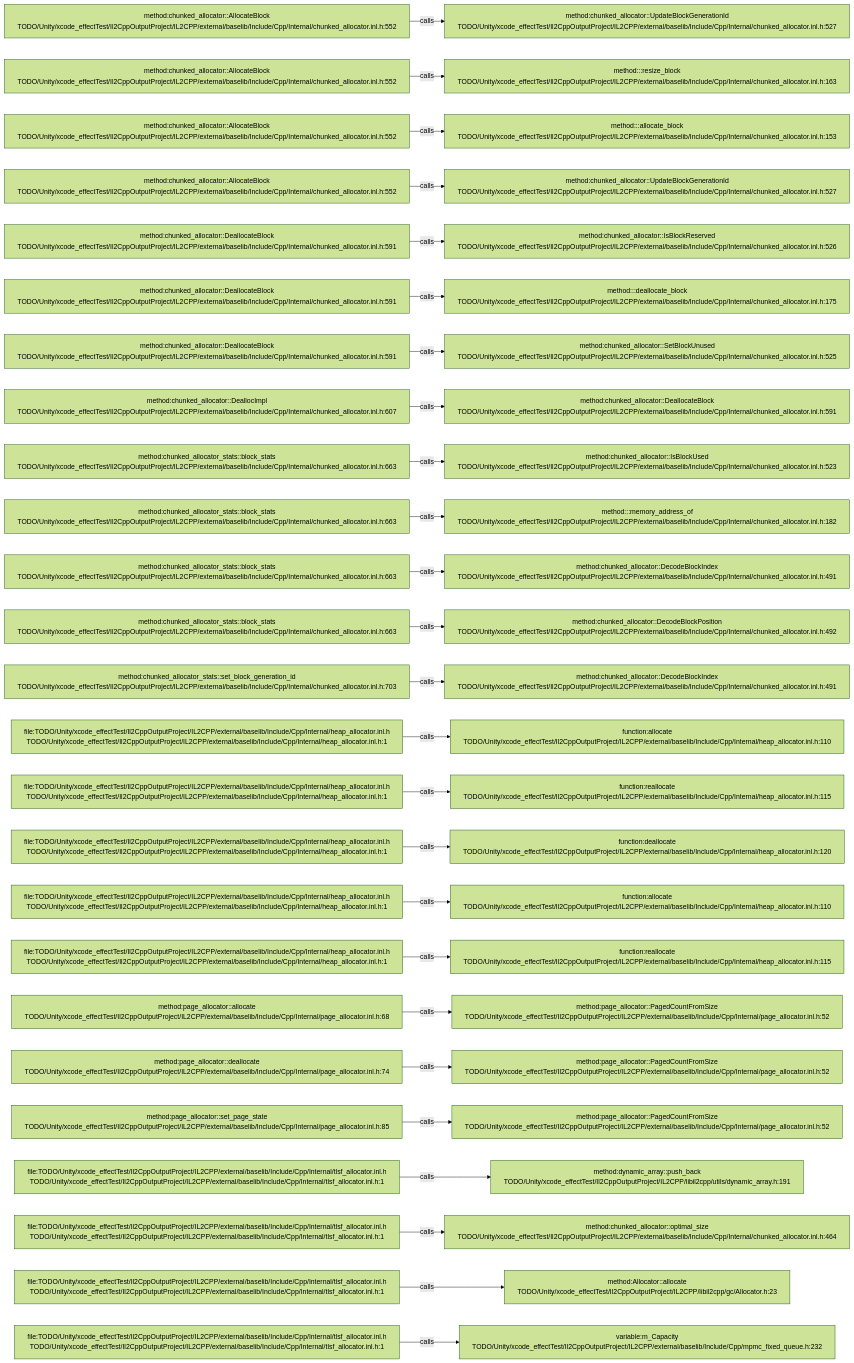
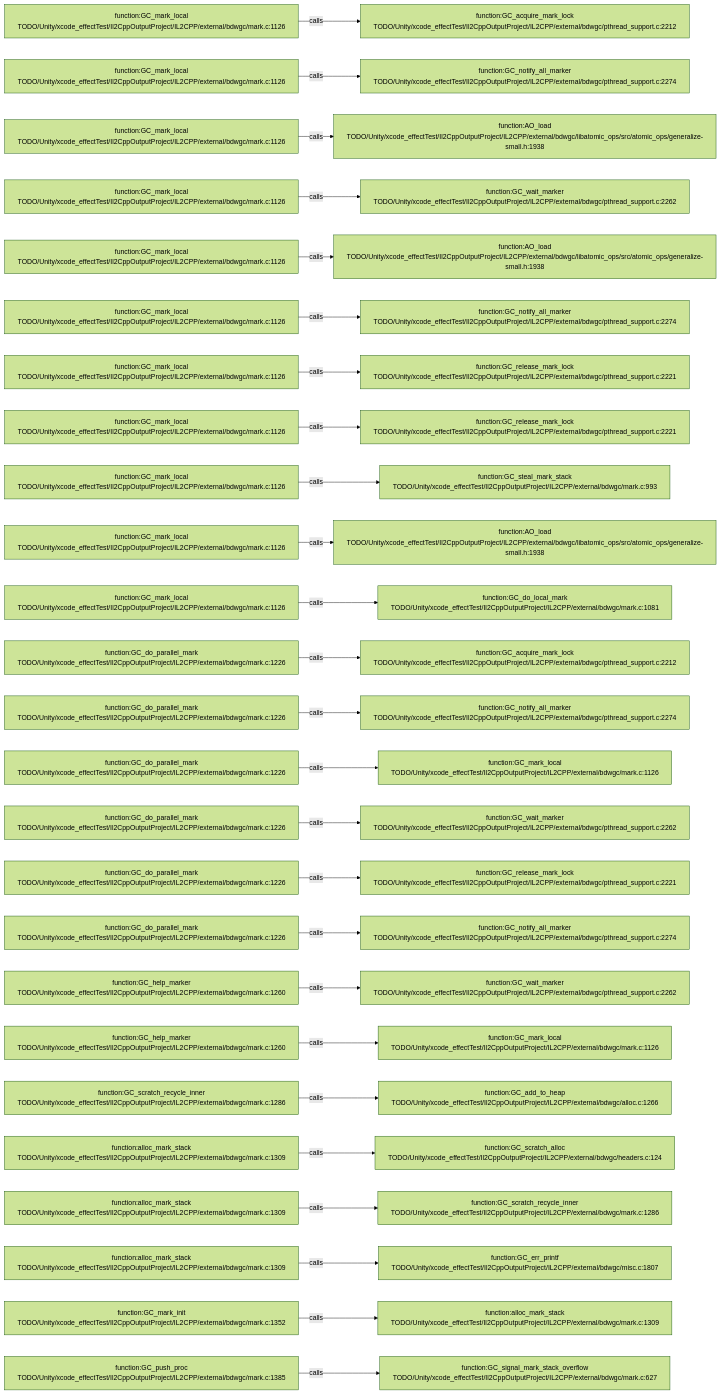
One commit to JobsKits/JobsSwiftBaseConfigDemo changed the diagram in .codegraph/codegraph.md/graphs/calls-132.md. Above: the diagram before and after it, drawn with Mermaid (forest theme). The commit also changed 227 other files, not shown here.

````diff
--- a/.codegraph/codegraph.md/graphs/calls-132.md
+++ b/.codegraph/codegraph.md/graphs/calls-132.md
@@ -13,78 +13,78 @@
 ```mermaid
 flowchart LR
-  S1["method:chunked_allocator::AllocateBlock<br/>TODO/Unity/xcode_effectTest/Il2CppOutputProject/IL2CPP/external/baselib/Include/Cpp/Internal/chunked_allocator.inl.h:552"]
-  T1["method:chunked_allocator::UpdateBlockGenerationId<br/>TODO/Unity/xcode_effectTest/Il2CppOutputProject/IL2CPP/external/baselib/Include/Cpp/Internal/chunked_allocator.inl.h:527"]
+  S1["function:GC_mark_local<br/>TODO/Unity/xcode_effectTest/Il2CppOutputProject/IL2CPP/external/bdwgc/mark.c:1126"]
+  T1["function:GC_acquire_mark_lock<br/>TODO/Unity/xcode_effectTest/Il2CppOutputProject/IL2CPP/external/bdwgc/pthread_support.c:2212"]
   S1 -->|calls| T1
-  S2["method:chunked_allocator::AllocateBlock<br/>TODO/Unity/xcode_effectTest/Il2CppOutputProject/IL2CPP/external/baselib/Include/Cpp/Internal/chunked_allocator.inl.h:552"]
-  T2["method:<anonymous>::resize_block<br/>TODO/Unity/xcode_effectTest/Il2CppOutputProject/IL2CPP/external/baselib/Include/Cpp/Internal/chunked_allocator.inl.h:163"]
+  S2["function:GC_mark_local<br/>TODO/Unity/xcode_effectTest/Il2CppOutputProject/IL2CPP/external/bdwgc/mark.c:1126"]
+  T2["function:GC_notify_all_marker<br/>TODO/Unity/xcode_effectTest/Il2CppOutputProject/IL2CPP/external/bdwgc/pthread_support.c:2274"]
   S2 -->|calls| T2
-  S3["method:chunked_allocator::AllocateBlock<br/>TODO/Unity/xcode_effectTest/Il2CppOutputProject/IL2CPP/external/baselib/Include/Cpp/Internal/chunked_allocator.inl.h:552"]
-  T3["method:<anonymous>::allocate_block<br/>TODO/Unity/xcode_effectTest/Il2CppOutputProject/IL2CPP/external/baselib/Include/Cpp/Internal/chunked_allocator.inl.h:153"]
+  S3["function:GC_mark_local<br/>TODO/Unity/xcode_effectTest/Il2CppOutputProject/IL2CPP/external/bdwgc/mark.c:1126"]
+  T3["function:AO_load<br/>TODO/Unity/xcode_effectTest/Il2CppOutputProject/IL2CPP/external/bdwgc/libatomic_ops/src/atomic_ops/generalize-small.h:1938"]
   S3 -->|calls| T3
-  S4["method:chunked_allocator::AllocateBlock<br/>TODO/Unity/xcode_effectTest/Il2CppOutputProject/IL2CPP/external/baselib/Include/Cpp/Internal/chunked_allocator.inl.h:552"]
-  T4["method:chunked_allocator::UpdateBlockGenerationId<br/>TODO/Unity/xcode_effectTest/Il2CppOutputProject/IL2CPP/external/baselib/Include/Cpp/Internal/chunked_allocator.inl.h:527"]
+  S4["function:GC_mark_local<br/>TODO/Unity/xcode_effectTest/Il2CppOutputProject/IL2CPP/external/bdwgc/mark.c:1126"]
+  T4["function:GC_wait_marker<br/>TODO/Unity/xcode_effectTest/Il2CppOutputProject/IL2CPP/external/bdwgc/pthread_support.c:2262"]
   S4 -->|calls| T4
-  S5["method:chunked_allocator::DeallocateBlock<br/>TODO/Unity/xcode_effectTest/Il2CppOutputProject/IL2CPP/external/baselib/Include/Cpp/Internal/chunked_allocator.inl.h:591"]
-  T5["method:chunked_allocator::IsBlockReserved<br/>TODO/Unity/xcode_effectTest/Il2CppOutputProject/IL2CPP/external/baselib/Include/Cpp/Internal/chunked_allocator.inl.h:526"]
+  S5["function:GC_mark_local<br/>TODO/Unity/xcode_effectTest/Il2CppOutputProject/IL2CPP/external/bdwgc/mark.c:1126"]
+  T5["function:AO_load<br/>TODO/Unity/xcode_effectTest/Il2CppOutputProject/IL2CPP/external/bdwgc/libatomic_ops/src/atomic_ops/generalize-small.h:1938"]
   S5 -->|calls| T5
-  S6["method:chunked_allocator::DeallocateBlock<br/>TODO/Unity/xcode_effectTest/Il2CppOutputProject/IL2CPP/external/baselib/Include/Cpp/Internal/chunked_allocator.inl.h:591"]
-  T6["method:<anonymous>::deallocate_block<br/>TODO/Unity/xcode_effectTest/Il2CppOutputProject/IL2CPP/external/baselib/Include/Cpp/Internal/chunked_allocator.inl.h:175"]
+  S6["function:GC_mark_local<br/>TODO/Unity/xcode_effectTest/Il2CppOutputProject/IL2CPP/external/bdwgc/mark.c:1126"]
+  T6["function:GC_notify_all_marker<br/>TODO/Unity/xcode_effectTest/Il2CppOutputProject/IL2CPP/external/bdwgc/pthread_support.c:2274"]
   S6 -->|calls| T6
-  S7["method:chunked_allocator::DeallocateBlock<br/>TODO/Unity/xcode_effectTest/Il2CppOutputProject/IL2CPP/external/baselib/Include/Cpp/Internal/chunked_allocator.inl.h:591"]
-  T7["method:chunked_allocator::SetBlockUnused<br/>TODO/Unity/xcode_effectTest/Il2CppOutputProject/IL2CPP/external/baselib/Include/Cpp/Internal/chunked_allocator.inl.h:525"]
+  S7["function:GC_mark_local<br/>TODO/Unity/xcode_effectTest/Il2CppOutputProject/IL2CPP/external/bdwgc/mark.c:1126"]
+  T7["function:GC_release_mark_lock<br/>TODO/Unity/xcode_effectTest/Il2CppOutputProject/IL2CPP/external/bdwgc/pthread_support.c:2221"]
   S7 -->|calls| T7
-  S8["method:chunked_allocator::DeallocImpl<br/>TODO/Unity/xcode_effectTest/Il2CppOutputProject/IL2CPP/external/baselib/Include/Cpp/Internal/chunked_allocator.inl.h:607"]
-  T8["method:chunked_allocator::DeallocateBlock<br/>TODO/Unity/xcode_effectTest/Il2CppOutputProject/IL2CPP/external/baselib/Include/Cpp/Internal/chunked_allocator.inl.h:591"]
+  S8["function:GC_mark_local<br/>TODO/Unity/xcode_effectTest/Il2CppOutputProject/IL2CPP/external/bdwgc/mark.c:1126"]
+  T8["function:GC_release_mark_lock<br/>TODO/Unity/xcode_effectTest/Il2CppOutputProject/IL2CPP/external/bdwgc/pthread_support.c:2221"]
   S8 -->|calls| T8
-  S9["method:chunked_allocator_stats::block_stats<br/>TODO/Unity/xcode_effectTest/Il2CppOutputProject/IL2CPP/external/baselib/Include/Cpp/Internal/chunked_allocator.inl.h:663"]
-  T9["method:chunked_allocator::IsBlockUsed<br/>TODO/Unity/xcode_effectTest/Il2CppOutputProject/IL2CPP/external/baselib/Include/Cpp/Internal/chunked_allocator.inl.h:523"]
+  S9["function:GC_mark_local<br/>TODO/Unity/xcode_effectTest/Il2CppOutputProject/IL2CPP/external/bdwgc/mark.c:1126"]
+  T9["function:GC_steal_mark_stack<br/>TODO/Unity/xcode_effectTest/Il2CppOutputProject/IL2CPP/external/bdwgc/mark.c:993"]
   S9 -->|calls| T9
-  S10["method:chunked_allocator_stats::block_stats<br/>TODO/Unity/xcode_effectTest/Il2CppOutputProject/IL2CPP/external/baselib/Include/Cpp/Internal/chunked_allocator.inl.h:663"]
-  T10["method:<anonymous>::memory_address_of<br/>TODO/Unity/xcode_effectTest/Il2CppOutputProject/IL2CPP/external/baselib/Include/Cpp/Internal/chunked_allocator.inl.h:182"]
+  S10["function:GC_mark_local<br/>TODO/Unity/xcode_effectTest/Il2CppOutputProject/IL2CPP/external/bdwgc/mark.c:1126"]
+  T10["function:AO_load<br/>TODO/Unity/xcode_effectTest/Il2CppOutputProject/IL2CPP/external/bdwgc/libatomic_ops/src/atomic_ops/generalize-small.h:1938"]
   S10 -->|calls| T10
-  S11["method:chunked_allocator_stats::block_stats<br/>TODO/Unity/xcode_effectTest/Il2CppOutputProject/IL2CPP/external/baselib/Include/Cpp/Internal/chunked_allocator.inl.h:663"]
-  T11["method:chunked_allocator::DecodeBlockIndex<br/>TODO/Unity/xcode_effectTest/Il2CppOutputProject/IL2CPP/external/baselib/Include/Cpp/Internal/chunked_allocator.inl.h:491"]
+  S11["function:GC_mark_local<br/>TODO/Unity/xcode_effectTest/Il2CppOutputProject/IL2CPP/external/bdwgc/mark.c:1126"]
+  T11["function:GC_do_local_mark<br/>TODO/Unity/xcode_effectTest/Il2CppOutputProject/IL2CPP/external/bdwgc/mark.c:1081"]
   S11 -->|calls| T11
-  S12["method:chunked_allocator_stats::block_stats<br/>TODO/Unity/xcode_effectTest/Il2CppOutputProject/IL2CPP/external/baselib/Include/Cpp/Internal/chunked_allocator.inl.h:663"]
-  T12["method:chunked_allocator::DecodeBlockPosition<br/>TODO/Unity/xcode_effectTest/Il2CppOutputProject/IL2CPP/external/baselib/Include/Cpp/Internal/chunked_allocator.inl.h:492"]
+  S12["function:GC_do_parallel_mark<br/>TODO/Unity/xcode_effectTest/Il2CppOutputProject/IL2CPP/external/bdwgc/mark.c:1226"]
+  T12["function:GC_acquire_mark_lock<br/>TODO/Unity/xcode_effectTest/Il2CppOutputProject/IL2CPP/external/bdwgc/pthread_support.c:2212"]
   S12 -->|calls| T12
-  S13["method:chunked_allocator_stats::set_block_generation_id<br/>TODO/Unity/xcode_effectTest/Il2CppOutputProject/IL2CPP/external/baselib/Include/Cpp/Internal/chunked_allocator.inl.h:703"]
-  T13["method:chunked_allocator::DecodeBlockIndex<br/>TODO/Unity/xcode_effectTest/Il2CppOutputProject/IL2CPP/external/baselib/Include/Cpp/Internal/chunked_allocator.inl.h:491"]
+  S13["function:GC_do_parallel_mark<br/>TODO/Unity/xcode_effectTest/Il2CppOutputProject/IL2CPP/external/bdwgc/mark.c:1226"]
+  T13["function:GC_notify_all_marker<br/>TODO/Unity/xcode_effectTest/Il2CppOutputProject/IL2CPP/external/bdwgc/pthread_support.c:2274"]
   S13 -->|calls| T13
-  S14["file:TODO/Unity/xcode_effectTest/Il2CppOutputProject/IL2CPP/external/baselib/Include/Cpp/Internal/heap_allocator.inl.h<br/>TODO/Unity/xcode_effectTest/Il2CppOutputProject/IL2CPP/external/baselib/Include/Cpp/Internal/heap_allocator.inl.h:1"]
-  T14["function:allocate<br/>TODO/Unity/xcode_effectTest/Il2CppOutputProject/IL2CPP/external/baselib/Include/Cpp/Internal/heap_allocator.inl.h:110"]
+  S14["function:GC_do_parallel_mark<br/>TODO/Unity/xcode_effectTest/Il2CppOutputProject/IL2CPP/external/bdwgc/mark.c:1226"]
+  T14["function:GC_mark_local<br/>TODO/Unity/xcode_effectTest/Il2CppOutputProject/IL2CPP/external/bdwgc/mark.c:1126"]
   S14 -->|calls| T14
-  S15["file:TODO/Unity/xcode_effectTest/Il2CppOutputProject/IL2CPP/external/baselib/Include/Cpp/Internal/heap_allocator.inl.h<br/>TODO/Unity/xcode_effectTest/Il2CppOutputProject/IL2CPP/external/baselib/Include/Cpp/Internal/heap_allocator.inl.h:1"]
-  T15["function:reallocate<br/>TODO/Unity/xcode_effectTest/Il2CppOutputProject/IL2CPP/external/baselib/Include/Cpp/Internal/heap_allocator.inl.h:115"]
+  S15["function:GC_do_parallel_mark<br/>TODO/Unity/xcode_effectTest/Il2CppOutputProject/IL2CPP/external/bdwgc/mark.c:1226"]
+  T15["function:GC_wait_marker<br/>TODO/Unity/xcode_effectTest/Il2CppOutputProject/IL2CPP/external/bdwgc/pthread_support.c:2262"]
   S15 -->|calls| T15
-  S16["file:TODO/Unity/xcode_effectTest/Il2CppOutputProject/IL2CPP/external/baselib/Include/Cpp/Internal/heap_allocator.inl.h<br/>TODO/Unity/xcode_effectTest/Il2CppOutputProject/IL2CPP/external/baselib/Include/Cpp/Internal/heap_allocator.inl.h:1"]
-  T16["function:deallocate<br/>TODO/Unity/xcode_effectTest/Il2CppOutputProject/IL2CPP/external/baselib/Include/Cpp/Internal/heap_allocator.inl.h:120"]
+  S16["function:GC_do_parallel_mark<br/>TODO/Unity/xcode_effectTest/Il2CppOutputProject/IL2CPP/external/bdwgc/mark.c:1226"]
+  T16["function:GC_release_mark_lock<br/>TODO/Unity/xcode_effectTest/Il2CppOutputProject/IL2CPP/external/bdwgc/pthread_support.c:2221"]
   S16 -->|calls| T16
-  S17["file:TODO/Unity/xcode_effectTest/Il2CppOutputProject/IL2CPP/external/baselib/Include/Cpp/Internal/heap_allocator.inl.h<br/>TODO/Unity/xcode_effectTest/Il2CppOutputProject/IL2CPP/external/baselib/Include/Cpp/Internal/heap_allocator.inl.h:1"]
-  T17["function:allocate<br/>TODO/Unity/xcode_effectTest/Il2CppOutputProject/IL2CPP/external/baselib/Include/Cpp/Internal/heap_allocator.inl.h:110"]
+  S17["function:GC_do_parallel_mark<br/>TODO/Unity/xcode_effectTest/Il2CppOutputProject/IL2CPP/external/bdwgc/mark.c:1226"]
+  T17["function:GC_notify_all_marker<br/>TODO/Unity/xcode_effectTest/Il2CppOutputProject/IL2CPP/external/bdwgc/pthread_support.c:2274"]
   S17 -->|calls| T17
-  S18["file:TODO/Unity/xcode_effectTest/Il2CppOutputProject/IL2CPP/external/baselib/Include/Cpp/Internal/heap_allocator.inl.h<br/>TODO/Unity/xcode_effectTest/Il2CppOutputProject/IL2CPP/external/baselib/Include/Cpp/Internal/heap_allocator.inl.h:1"]
-  T18["function:reallocate<br/>TODO/Unity/xcode_effectTest/Il2CppOutputProject/IL2CPP/external/baselib/Include/Cpp/Internal/heap_allocator.inl.h:115"]
+  S18["function:GC_help_marker<br/>TODO/Unity/xcode_effectTest/Il2CppOutputProject/IL2CPP/external/bdwgc/mark.c:1260"]
+  T18["function:GC_wait_marker<br/>TODO/Unity/xcode_effectTest/Il2CppOutputProject/IL2CPP/external/bdwgc/pthread_support.c:2262"]
   S18 -->|calls| T18
-  S19["method:page_allocator::allocate<br/>TODO/Unity/xcode_effectTest/Il2CppOutputProject/IL2CPP/external/baselib/Include/Cpp/Internal/page_allocator.inl.h:68"]
-  T19["method:page_allocator::PagedCountFromSize<br/>TODO/Unity/xcode_effectTest/Il2CppOutputProject/IL2CPP/external/baselib/Include/Cpp/Internal/page_allocator.inl.h:52"]
+  S19["function:GC_help_marker<br/>TODO/Unity/xcode_effectTest/Il2CppOutputProject/IL2CPP/external/bdwgc/mark.c:1260"]
+  T19["function:GC_mark_local<br/>TODO/Unity/xcode_effectTest/Il2CppOutputProject/IL2CPP/external/bdwgc/mark.c:1126"]
   S19 -->|calls| T19
-  S20["method:page_allocator::deallocate<br/>TODO/Unity/xcode_effectTest/Il2CppOutputProject/IL2CPP/external/baselib/Include/Cpp/Internal/page_allocator.inl.h:74"]
-  T20["method:page_allocator::PagedCountFromSize<br/>TODO/Unity/xcode_effectTest/Il2CppOutputProject/IL2CPP/external/baselib/Include/Cpp/Internal/page_allocator.inl.h:52"]
+  S20["function:GC_scratch_recycle_inner<br/>TODO/Unity/xcode_effectTest/Il2CppOutputProject/IL2CPP/external/bdwgc/mark.c:1286"]
+  T20["function:GC_add_to_heap<br/>TODO/Unity/xcode_effectTest/Il2CppOutputProject/IL2CPP/external/bdwgc/alloc.c:1266"]
   S20 -->|calls| T20
-  S21["method:page_allocator::set_page_state<br/>TODO/Unity/xcode_effectTest/Il2CppOutputProject/IL2CPP/external/baselib/Include/Cpp/Internal/page_allocator.inl.h:85"]
-  T21["method:page_allocator::PagedCountFromSize<br/>TODO/Unity/xcode_effectTest/Il2CppOutputProject/IL2CPP/external/baselib/Include/Cpp/Internal/page_allocator.inl.h:52"]
+  S21["function:alloc_mark_stack<br/>TODO/Unity/xcode_effectTest/Il2CppOutputProject/IL2CPP/external/bdwgc/mark.c:1309"]
+  T21["function:GC_scratch_alloc<br/>TODO/Unity/xcode_effectTest/Il2CppOutputProject/IL2CPP/external/bdwgc/headers.c:124"]
   S21 -->|calls| T21
-  S22["file:TODO/Unity/xcode_effectTest/Il2CppOutputProject/IL2CPP/external/baselib/Include/Cpp/Internal/tlsf_allocator.inl.h<br/>TODO/Unity/xcode_effectTest/Il2CppOutputProject/IL2CPP/external/baselib/Include/Cpp/Internal/tlsf_allocator.inl.h:1"]
-  T22["method:dynamic_array::push_back<br/>TODO/Unity/xcode_effectTest/Il2CppOutputProject/IL2CPP/libil2cpp/utils/dynamic_array.h:191"]
+  S22["function:alloc_mark_stack<br/>TODO/Unity/xcode_effectTest/Il2CppOutputProject/IL2CPP/external/bdwgc/mark.c:1309"]
+  T22["function:GC_scratch_recycle_inner<br/>TODO/Unity/xcode_effectTest/Il2CppOutputProject/IL2CPP/external/bdwgc/mark.c:1286"]
   S22 -->|calls| T22
-  S23["file:TODO/Unity/xcode_effectTest/Il2CppOutputProject/IL2CPP/external/baselib/Include/Cpp/Internal/tlsf_allocator.inl.h<br/>TODO/Unity/xcode_effectTest/Il2CppOutputProject/IL2CPP/external/baselib/Include/Cpp/Internal/tlsf_allocator.inl.h:1"]
-  T23["method:chunked_allocator::optimal_size<br/>TODO/Unity/xcode_effectTest/Il2CppOutputProject/IL2CPP/external/baselib/Include/Cpp/Internal/chunked_allocator.inl.h:464"]
+  S23["function:alloc_mark_stack<br/>TODO/Unity/xcode_effectTest/Il2CppOutputProject/IL2CPP/external/bdwgc/mark.c:1309"]
+  T23["function:GC_err_printf<br/>TODO/Unity/xcode_effectTest/Il2CppOutputProject/IL2CPP/external/bdwgc/misc.c:1807"]
   S23 -->|calls| T23
-  S24["file:TODO/Unity/xcode_effectTest/Il2CppOutputProject/IL2CPP/external/baselib/Include/Cpp/Internal/tlsf_allocator.inl.h<br/>TODO/Unity/xcode_effectTest/Il2CppOutputProject/IL2CPP/external/baselib/Include/Cpp/Internal/tlsf_allocator.inl.h:1"]
-  T24["method:Allocator::allocate<br/>TODO/Unity/xcode_effectTest/Il2CppOutputProject/IL2CPP/libil2cpp/gc/Allocator.h:23"]
+  S24["function:GC_mark_init<br/>TODO/Unity/xcode_effectTest/Il2CppOutputProject/IL2CPP/external/bdwgc/mark.c:1352"]
+  T24["function:alloc_mark_stack<br/>TODO/Unity/xcode_effectTest/Il2CppOutputProject/IL2CPP/external/bdwgc/mark.c:1309"]
   S24 -->|calls| T24
-  S25["file:TODO/Unity/xcode_effectTest/Il2CppOutputProject/IL2CPP/external/baselib/Include/Cpp/Internal/tlsf_allocator.inl.h<br/>TODO/Unity/xcode_effectTest/Il2CppOutputProject/IL2CPP/external/baselib/Include/Cpp/Internal/tlsf_allocator.inl.h:1"]
-  T25["variable:m_Capacity<br/>TODO/Unity/xcode_effectTest/Il2CppOutputProject/IL2CPP/external/baselib/Include/Cpp/mpmc_fixed_queue.h:232"]
+  S25["function:GC_push_proc<br/>TODO/Unity/xcode_effectTest/Il2CppOutputProject/IL2CPP/external/bdwgc/mark.c:1385"]
+  T25["function:GC_signal_mark_stack_overflow<br/>TODO/Unity/xcode_effectTest/Il2CppOutputProject/IL2CPP/external/bdwgc/mark.c:627"]
   S25 -->|calls| T25
 ```
````
